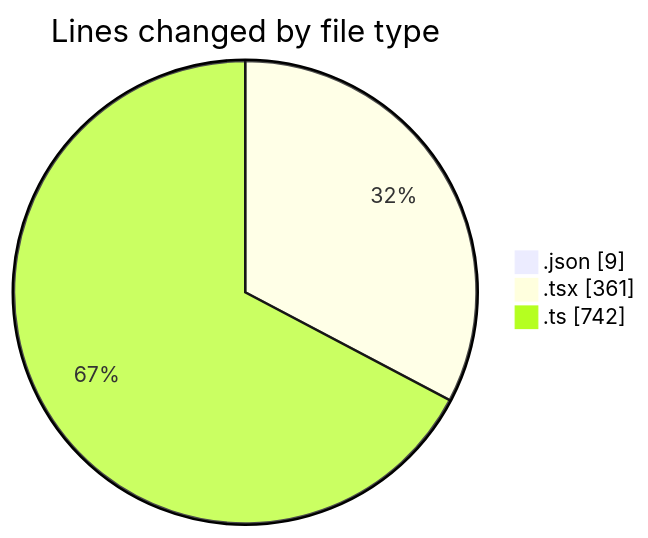
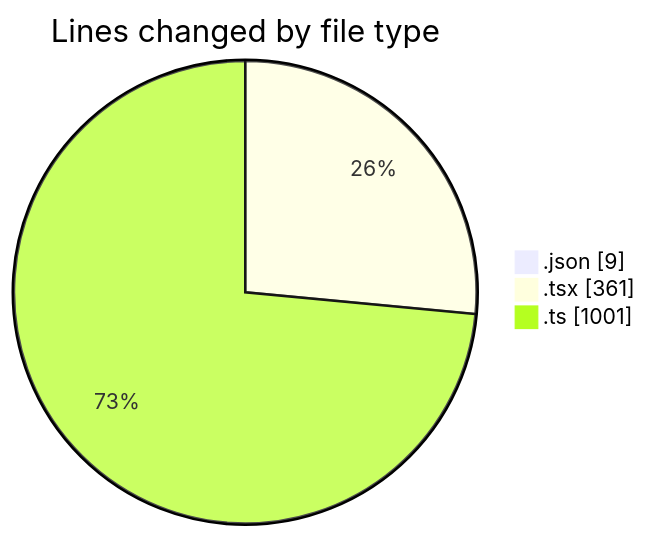
One commit to julien-gomy/code-tracking changed the first of 2 diagrams in 2025-10-27/eventscop-frontend-guide__workspace_/README.md. Above: the diagram before and after it, drawn with Mermaid. The commit also changed other lines of this file and 1 other file, not shown here.

````diff
--- a/2025-10-27/eventscop-frontend-guide__workspace_/README.md
+++ b/2025-10-27/eventscop-frontend-guide__workspace_/README.md
@@ -25,7 +25,7 @@
 ```mermaid
 pie showData
 title Lines changed by file type
 ".json" : 9
 ".tsx" : 361
-".ts" : 742
+".ts" : 1001
 ```
````
